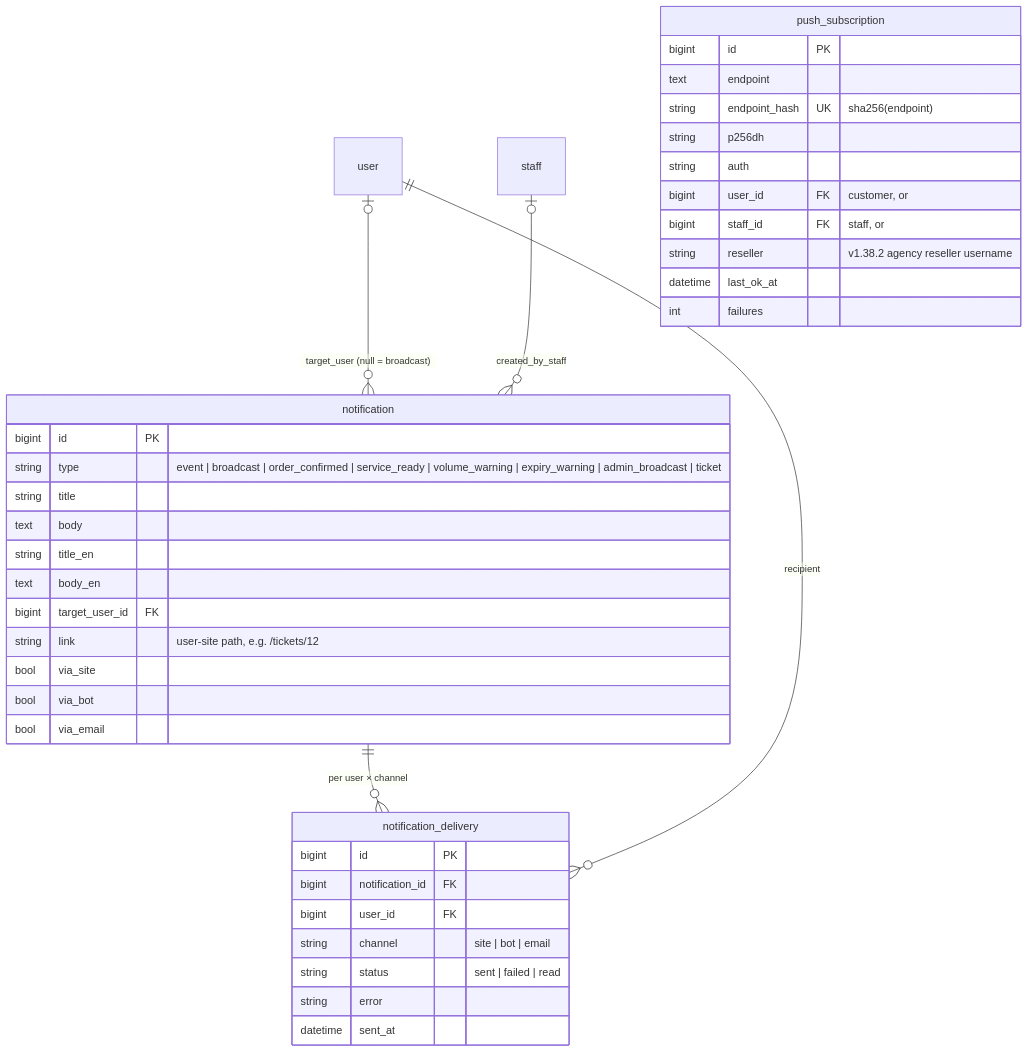
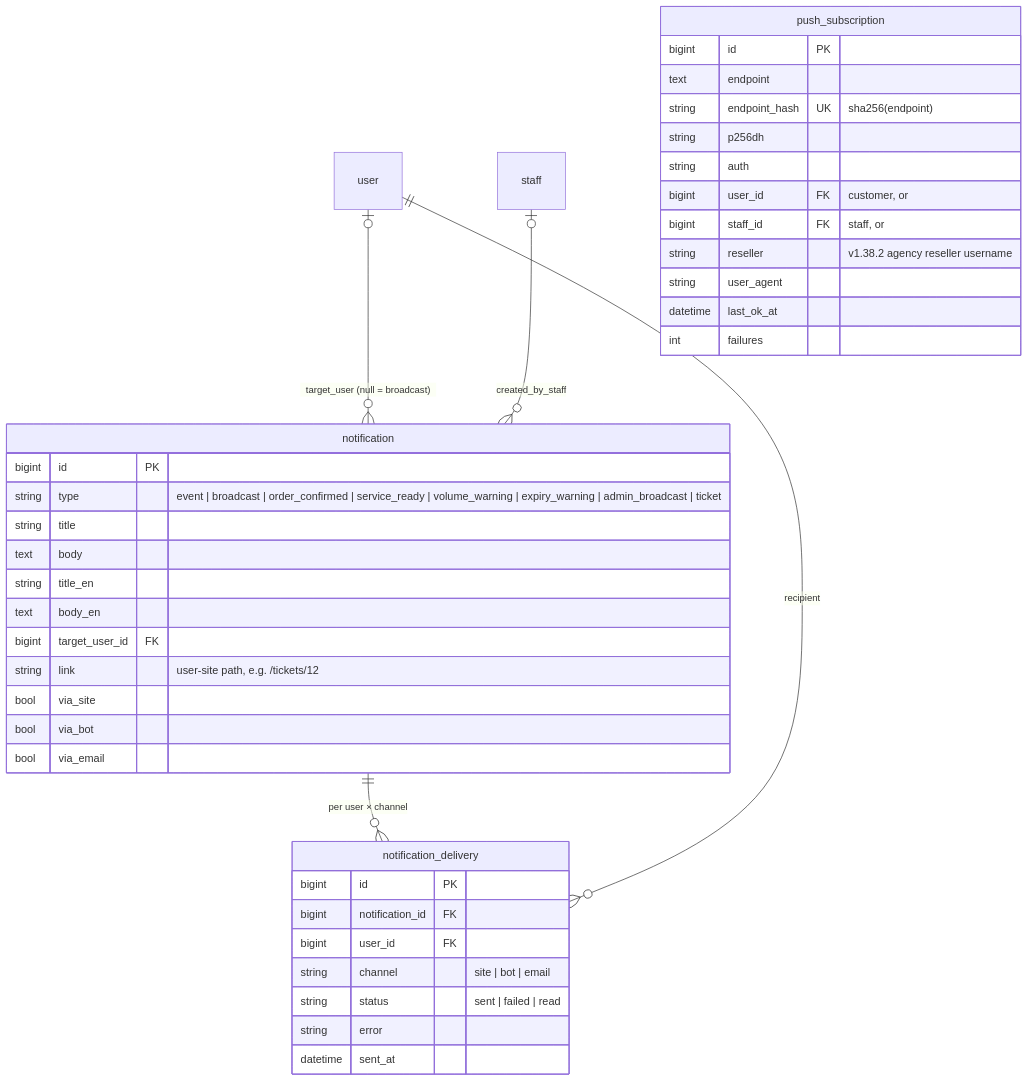
The seventh of 8 diagrams in docs/erd.md (santiyagoburcart/caspintunel), drawn with Mermaid before and after one commit. The commit also changed other lines of this file and 11 other files, not shown here.

````diff
--- a/docs/erd.md
+++ b/docs/erd.md
@@ -855,42 +864,43 @@
 ```mermaid
 erDiagram
     notification ||--o{ notification_delivery : "per user × channel"
     user |o--o{ notification : "target_user (null = broadcast)"
     user ||--o{ notification_delivery : "recipient"
     staff |o--o{ notification : "created_by_staff"
 
     notification {
         bigint id PK
         string type "event | broadcast | order_confirmed | service_ready | volume_warning | expiry_warning | admin_broadcast | ticket"
         string title
         text body
         string title_en
         text body_en
         bigint target_user_id FK
         string link "user-site path, e.g. /tickets/12"
         bool via_site
         bool via_bot
         bool via_email
     }
     push_subscription {
         bigint id PK
         text endpoint
         string endpoint_hash UK "sha256(endpoint)"
         string p256dh
         string auth
         bigint user_id FK "customer, or"
         bigint staff_id FK "staff, or"
         string reseller "v1.38.2 agency reseller username"
+        string user_agent
         datetime last_ok_at
         int failures
     }
     notification_delivery {
         bigint id PK
         bigint notification_id FK
         bigint user_id FK
         string channel "site | bot | email"
         string status "sent | failed | read"
         string error
         datetime sent_at
     }
 ```
````
